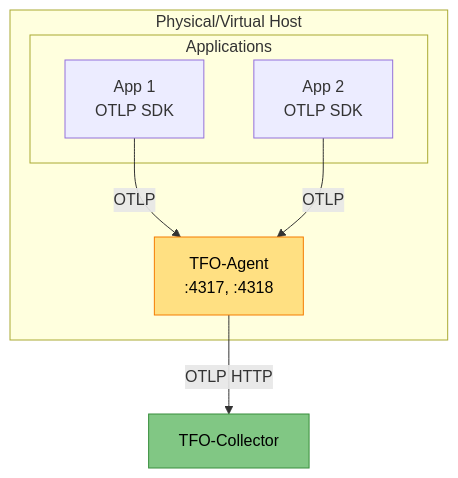
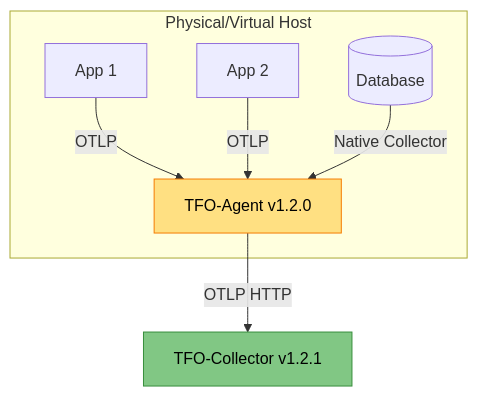
Before and after one commit to telemetryflow/telemetryflow-overview: the fourth of 4 diagrams in tfo-otel/TFO-OTEL-AGENT.md, drawn with Mermaid. The commit also changed other lines of this file and 68 other files, not shown here.

````diff
--- a/tfo-otel/TFO-OTEL-AGENT.md
+++ b/tfo-otel/TFO-OTEL-AGENT.md
@@ -784,20 +789,15 @@
 ```mermaid
 graph TB
     subgraph HOST[Physical/Virtual Host]
-        AGENT[TFO-Agent<br/>:4317, :4318]
-
-        subgraph APPS[Applications]
-            APP1[App 1<br/>OTLP SDK]
-            APP2[App 2<br/>OTLP SDK]
-        end
+        AGENT[TFO-Agent v1.2.0]
+        APP1[App 1] -->|OTLP| AGENT
+        APP2[App 2] -->|OTLP| AGENT
+        DB[(Database)] -->|Native Collector| AGENT
     end
 
-    COLLECTOR[TFO-Collector]
-
-    APP1 -->|OTLP| AGENT
-    APP2 -->|OTLP| AGENT
+    COLLECTOR[TFO-Collector v1.2.1]
     AGENT -->|OTLP HTTP| COLLECTOR
 
     style AGENT fill:#FFE082,stroke:#F57C00,color:#000
     style COLLECTOR fill:#81C784,stroke:#388E3C,color:#000
 ```
````
